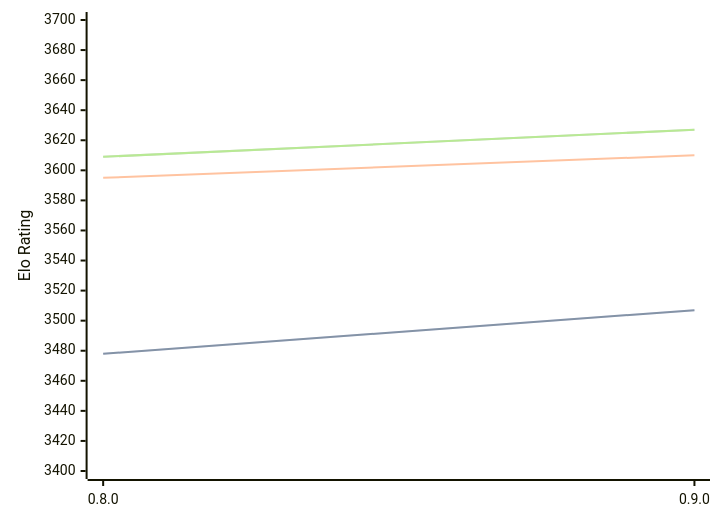
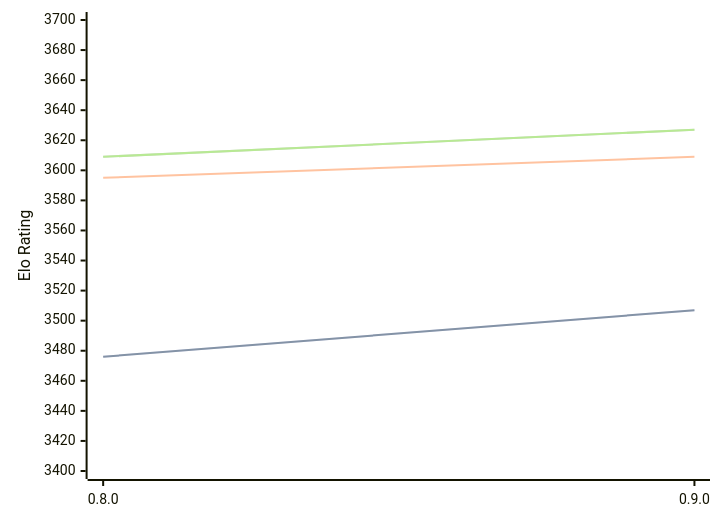
The diagram in engines/Reckless.md (computer-chess-index/cci), drawn with Mermaid before and after one commit. The commit also changed other lines of this file, not shown here.

Commit message:
Update CCI Ratings (ELO VLTC) - 2026-03-15

````diff
--- a/engines/Reckless.md
+++ b/engines/Reckless.md
@@ -37,11 +37,11 @@
 ```mermaid
 %%{init: {"theme":"base","themeVariables":{"seriesColors:['#a3a3a3','#222221','#faa371']}}}%%
 xychart-beta
   x-axis ["0.8.0", "0.9.0"]
   y-axis "Elo Rating" 3400 --> 3700
-  line "STC (8.0+0.08s)" [3478, 3507]
-  line "STC (8.0+0.08s)" [3478, 3507]
-  line "LTC (60.0+0.60s)" [3595, 3610]
+  line "STC (8.0+0.08s)" [3476, 3507]
+  line "STC (8.0+0.08s)" [3476, 3507]
+  line "LTC (60.0+0.60s)" [3595, 3609]
   line "VLTC (2m24s+1.12s)" [3609, 3627]
   line "VLTC (2m24s+1.12s)" [3609, 3627]
 ```
````
